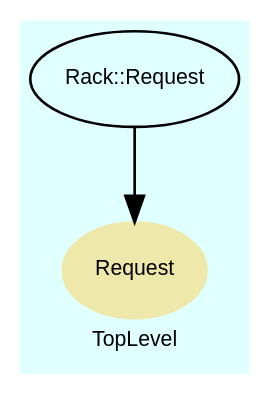
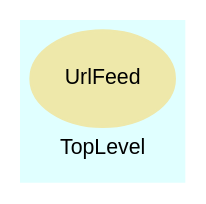
One commit to rsence/rsence changed the diagram in trunk/server/doc/rdoc/dot/f_6.dot. Above: the diagram before and after it, drawn with Graphviz. The commit also changed 130 other files, not shown here.

```diff
--- a/trunk/server/doc/rdoc/dot/f_6.dot
+++ b/trunk/server/doc/rdoc/dot/f_6.dot
@@ -1,31 +1,22 @@
 digraph TopLevel {
     compound = true
     bgcolor = lightcyan1
     fontname = Arial
     fontsize = 8
     label = "TopLevel"
     node [
         fontname = Arial,
         fontsize = 8,
         color = black
     ]
 
-    Request [
+    UrlFeed [
         fontcolor = black,
-        URL = "classes/Request.html",
+        URL = "classes/UrlFeed.html",
         shape = ellipse,
         color = palegoldenrod,
         style = filled,
-        label = "Request"
-    ]
-
-    Rack__Request [
-        URL = "classes/Rack/Request.html",
-        label = "Rack::Request"
-    ]
-
-    Rack__Request -> Request [
-
+        label = "UrlFeed"
     ]
 
 }
```
